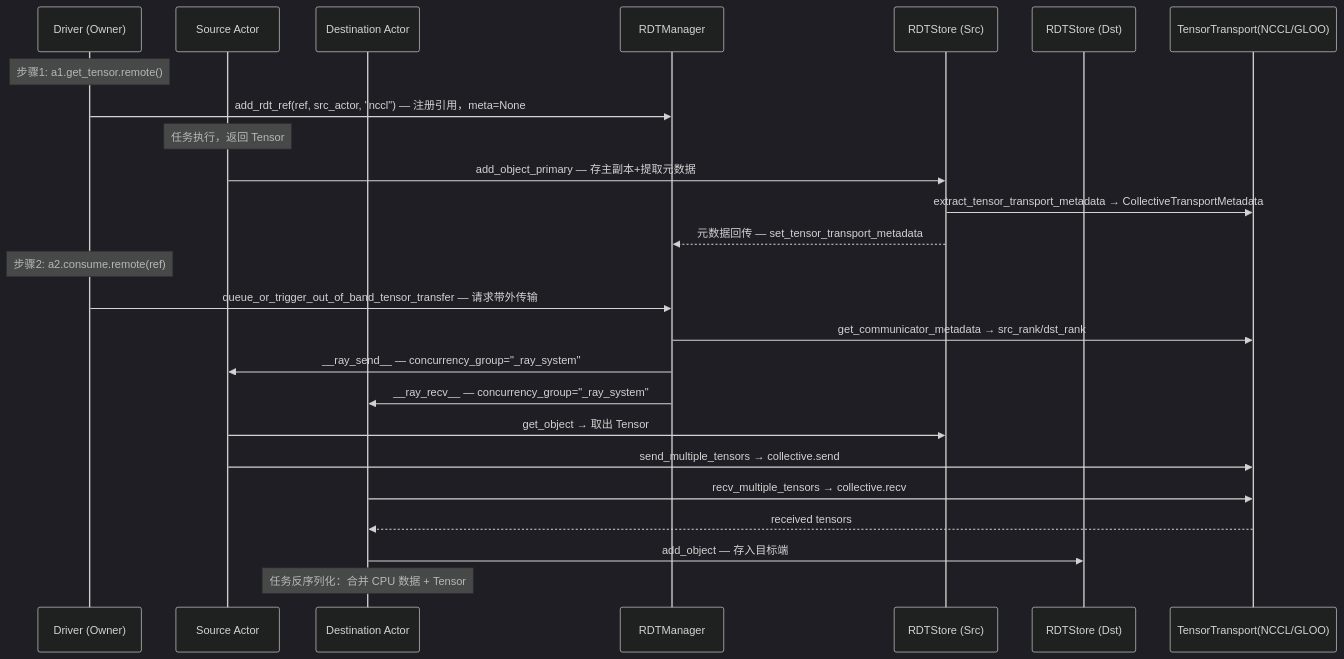
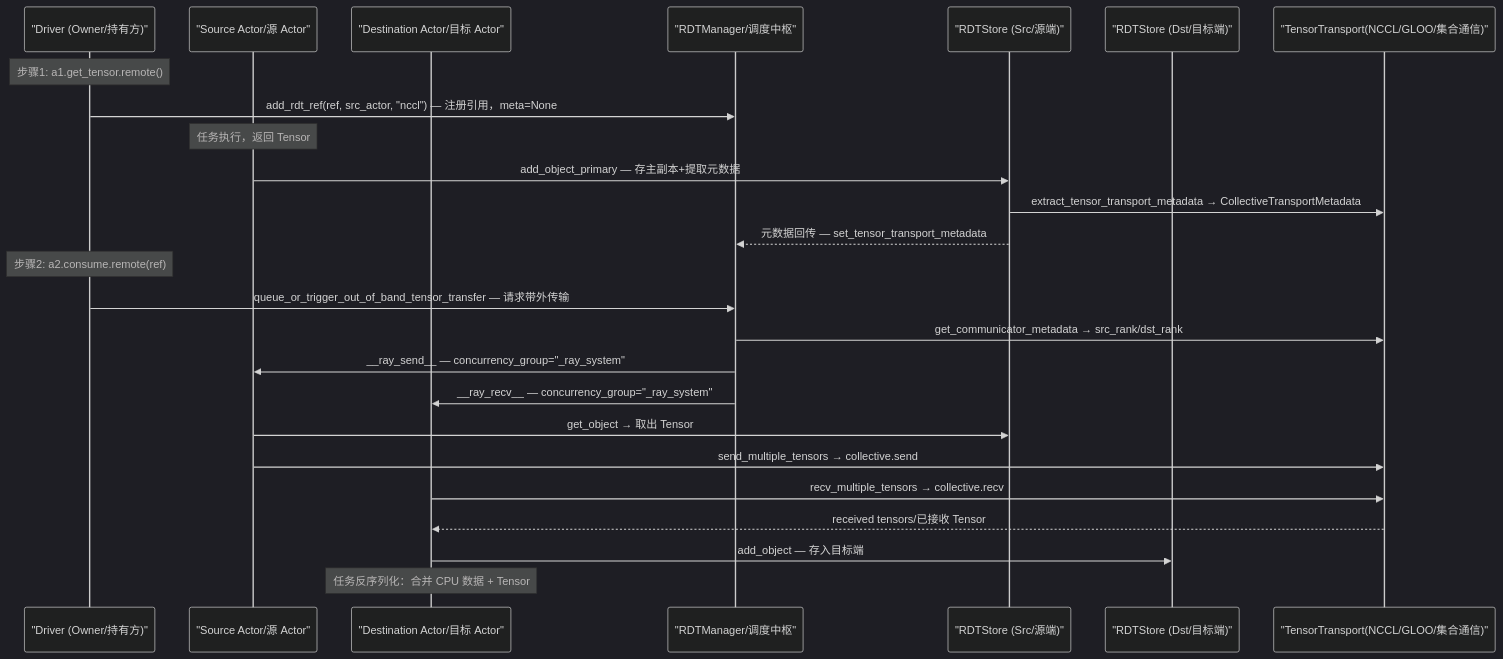
The second of 4 diagrams in doc/source/ray-core/direct-transport/rdt-architecture-analysis.md (wangguimin18-boop/ray-project), drawn with Mermaid (dark theme) before and after one commit. The commit also changed other lines of this file and 2 other files, not shown here.

Commit message:
翻译: P4文档文件英文内容添加中文翻译（rdt-architecture-analysis.md、direct-transport.rst、custom-tensor-transport.rst）

````diff
--- a/doc/source/ray-core/direct-transport/rdt-architecture-analysis.md
+++ b/doc/source/ray-core/direct-transport/rdt-architecture-analysis.md
@@ -438,33 +438,34 @@
 ```mermaid
 sequenceDiagram
-    participant Driver as Driver (Owner)
-    participant SrcActor as Source Actor
-    participant DstActor as Destination Actor
-    participant RDTMgr as RDTManager
-    participant RDTStoreSrc as RDTStore (Src)
-    participant RDTStoreDst as RDTStore (Dst)
-    participant Transport as TensorTransport(NCCL/GLOO)
+    %% 参与者声明：保留英文标识符，添加中文角色描述
+    participant Driver as "Driver (Owner/持有方)"
+    participant SrcActor as "Source Actor/源 Actor"
+    participant DstActor as "Destination Actor/目标 Actor"
+    participant RDTMgr as "RDTManager/调度中枢"
+    participant RDTStoreSrc as "RDTStore (Src/源端)"
+    participant RDTStoreDst as "RDTStore (Dst/目标端)"
+    participant Transport as "TensorTransport(NCCL/GLOO/集合通信)"
 
     Note over Driver: 步骤1: a1.get_tensor.remote()
     Driver->>RDTMgr: add_rdt_ref(ref, src_actor, "nccl") — 注册引用，meta=None
 
     Note over SrcActor: 任务执行，返回 Tensor
     SrcActor->>RDTStoreSrc: add_object_primary — 存主副本+提取元数据
     RDTStoreSrc->>Transport: extract_tensor_transport_metadata → CollectiveTransportMetadata
     RDTStoreSrc-->>RDTMgr: 元数据回传 — set_tensor_transport_metadata
 
     Note over Driver: 步骤2: a2.consume.remote(ref)
     Driver->>RDTMgr: queue_or_trigger_out_of_band_tensor_transfer — 请求带外传输
     RDTMgr->>Transport: get_communicator_metadata → src_rank/dst_rank
 
     RDTMgr->>SrcActor: __ray_send__ — concurrency_group="_ray_system"
     RDTMgr->>DstActor: __ray_recv__ — concurrency_group="_ray_system"
 
     SrcActor->>RDTStoreSrc: get_object → 取出 Tensor
     SrcActor->>Transport: send_multiple_tensors → collective.send
     DstActor->>Transport: recv_multiple_tensors → collective.recv
-    Transport-->>DstActor: received tensors
+    Transport-->>DstActor: received tensors/已接收 Tensor
     DstActor->>RDTStoreDst: add_object — 存入目标端
 
     Note over DstActor: 任务反序列化：合并 CPU 数据 + Tensor
 ```
````
